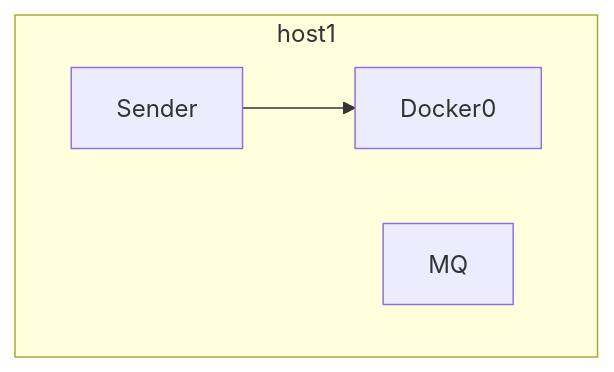
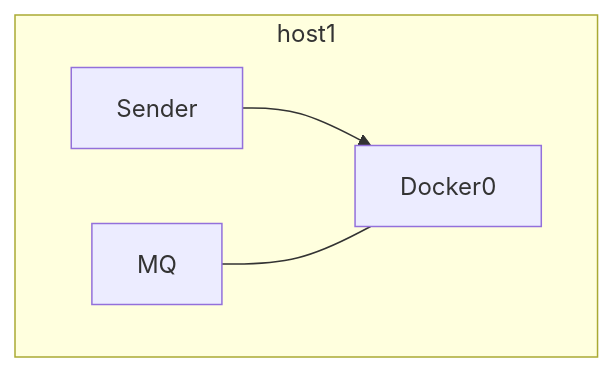
One commit to googlelxhgithub/iodraw-files changed the diagram in all/network.md. Above: the diagram before and after it, drawn with Mermaid.

Commit message:
2024-08-30 21:46:23 update

````diff
--- a/all/network.md
+++ b/all/network.md
@@ -1,9 +1,9 @@
 ```mermaid
 flowchart TD
     subgraph host1
     Sender --> Docker0
-    MQ
+    MQ --- Docker0
 
     end
  
 ```
````
